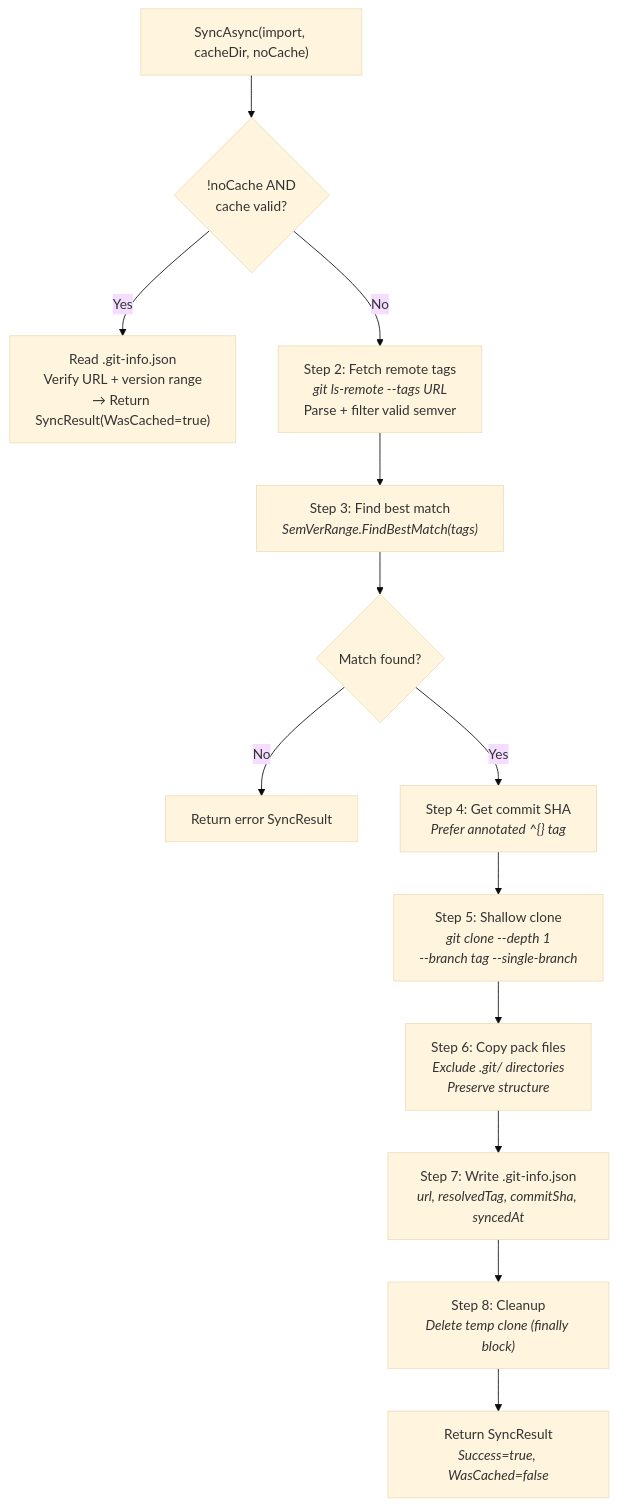
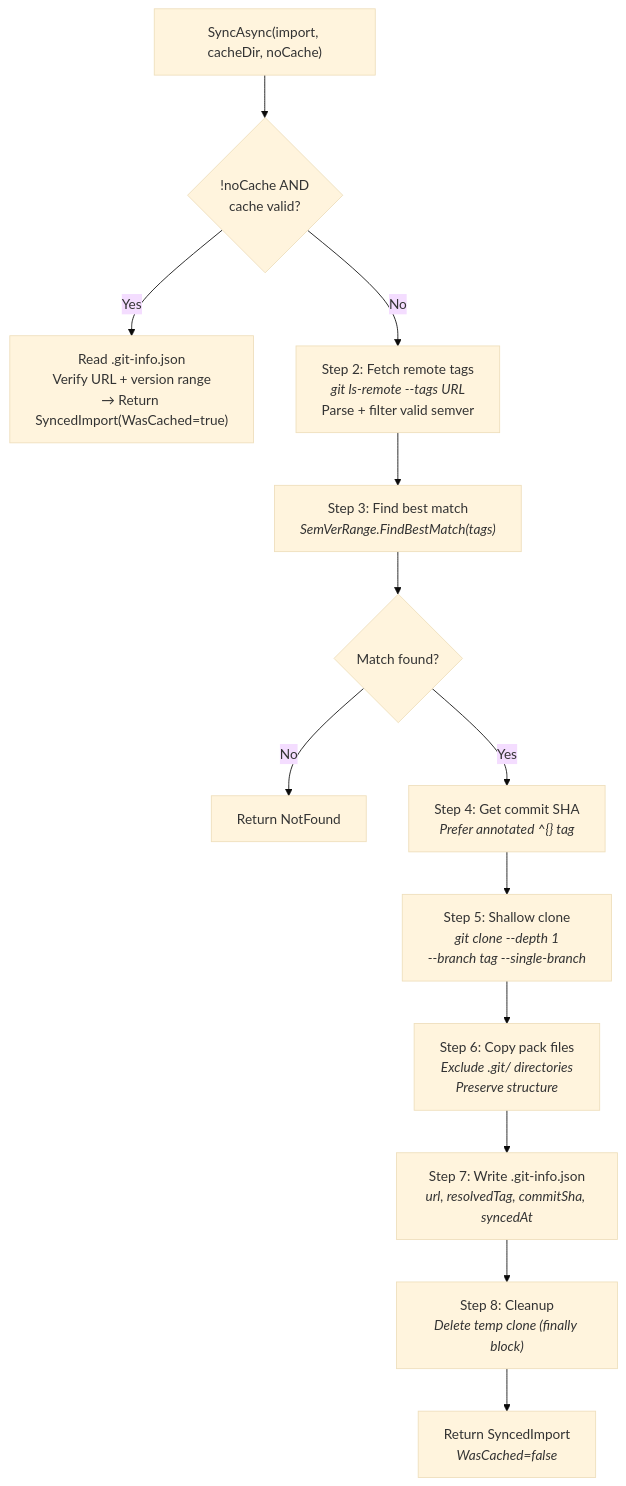
The second of 2 diagrams in docs/how-it-works/09-git-sync.md (MarcelRoozekrans/Ariadne.NET), drawn with Mermaid (base theme) before and after one commit. The commit also changed other lines of this file and 22 other files, not shown here.

````diff
--- a/docs/how-it-works/09-git-sync.md
+++ b/docs/how-it-works/09-git-sync.md
@@ -82,15 +91,15 @@
 ```mermaid
 flowchart TD
     A["SyncAsync(import, cacheDir, noCache)"] --> B{"!noCache AND<br/>cache valid?"}
-    B -->|Yes| C["Read .git-info.json<br/>Verify URL + version range<br/>→ Return SyncResult(WasCached=true)"]
+    B -->|Yes| C["Read .git-info.json<br/>Verify URL + version range<br/>→ Return SyncedImport(WasCached=true)"]
     B -->|No| D["Step 2: Fetch remote tags<br/><i>git ls-remote --tags URL</i><br/>Parse + filter valid semver"]
     D --> E["Step 3: Find best match<br/><i>SemVerRange.FindBestMatch(tags)</i>"]
     E --> F{"Match found?"}
-    F -->|No| G["Return error SyncResult"]
+    F -->|No| G["Return NotFound"]
     F -->|Yes| H["Step 4: Get commit SHA<br/><i>Prefer annotated ^{} tag</i>"]
     H --> I["Step 5: Shallow clone<br/><i>git clone --depth 1<br/>--branch tag --single-branch</i>"]
     I --> J["Step 6: Copy pack files<br/><i>Exclude .git/ directories<br/>Preserve structure</i>"]
     J --> K["Step 7: Write .git-info.json<br/><i>url, resolvedTag, commitSha, syncedAt</i>"]
     K --> L["Step 8: Cleanup<br/><i>Delete temp clone (finally block)</i>"]
-    L --> M["Return SyncResult<br/><i>Success=true, WasCached=false</i>"]
+    L --> M["Return SyncedImport<br/><i>WasCached=false</i>"]
 ```
````
